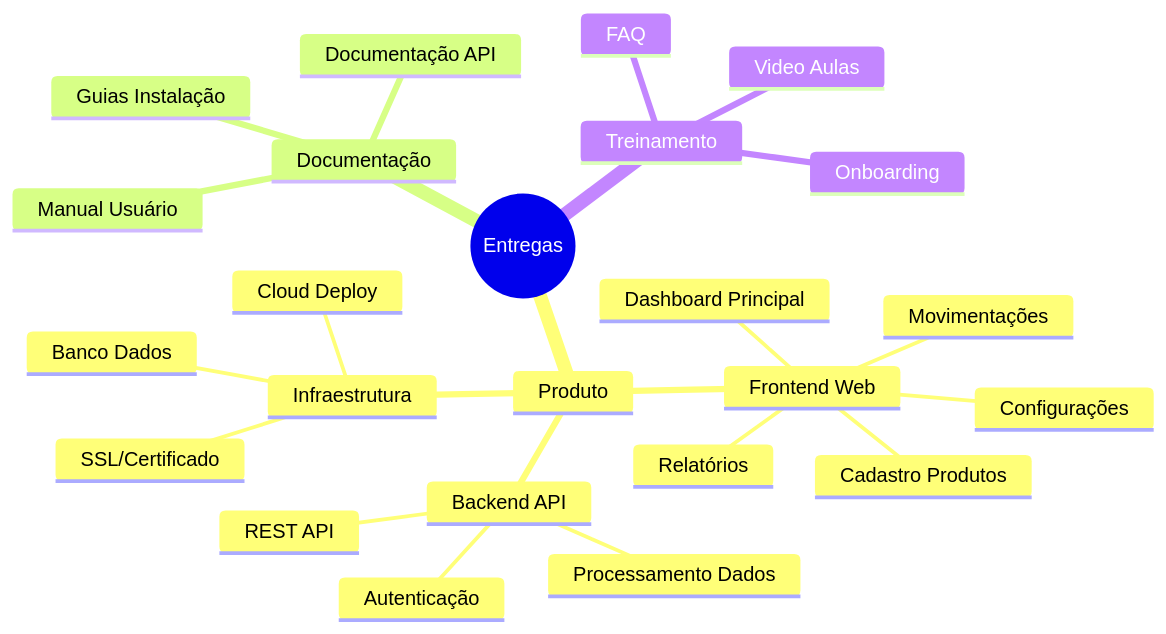
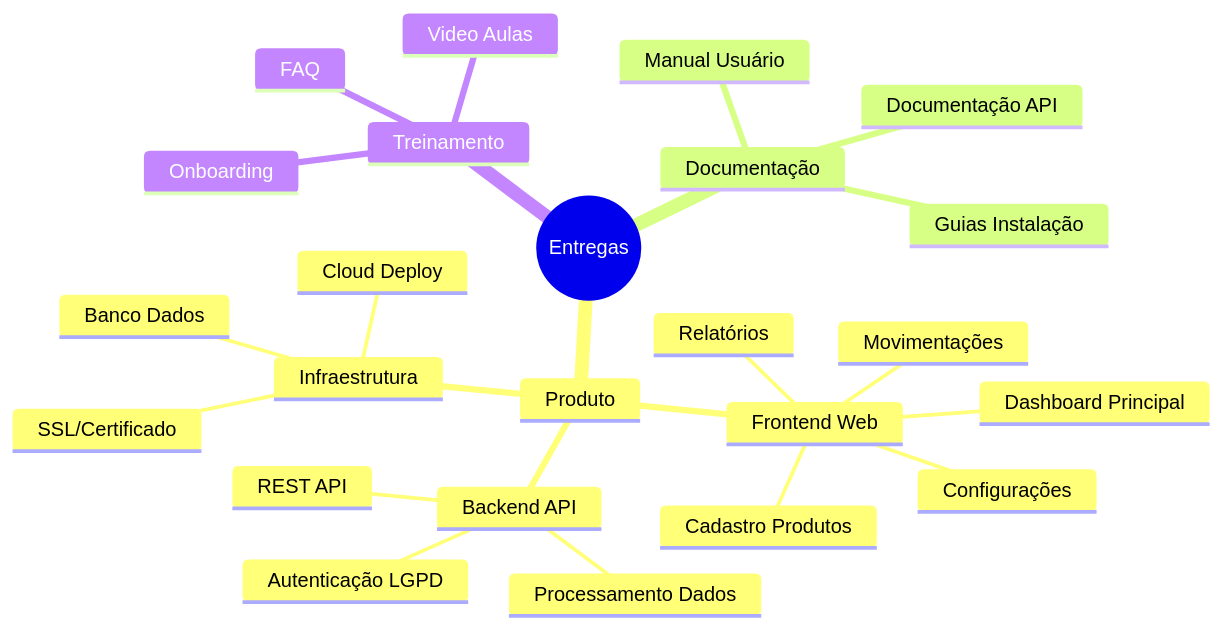
The fourth of 11 diagrams in documentation/docs/estrategia/project-model-canvas.mdx (matheusmendes720/workconnect-tcc), drawn with Mermaid before and after one commit. The commit also changed other lines of this file and 16 other files, not shown here.

````diff
--- a/documentation/docs/estrategia/project-model-canvas.mdx
+++ b/documentation/docs/estrategia/project-model-canvas.mdx
@@ -118,27 +156,27 @@
 ```mermaid
 mindmap
   root((Entregas))
     Produto
       Frontend Web
         Dashboard Principal
         Cadastro Produtos
         Movimentações
         Relatórios
         Configurações
       Backend API
         REST API
-        Autenticação
+        Autenticação LGPD
         Processamento Dados
       Infraestrutura
         Cloud Deploy
         Banco Dados
         SSL/Certificado
     Documentação
       Manual Usuário
       Documentação API
       Guias Instalação
     Treinamento
       Video Aulas
       Onboarding
       FAQ
 ```
````
